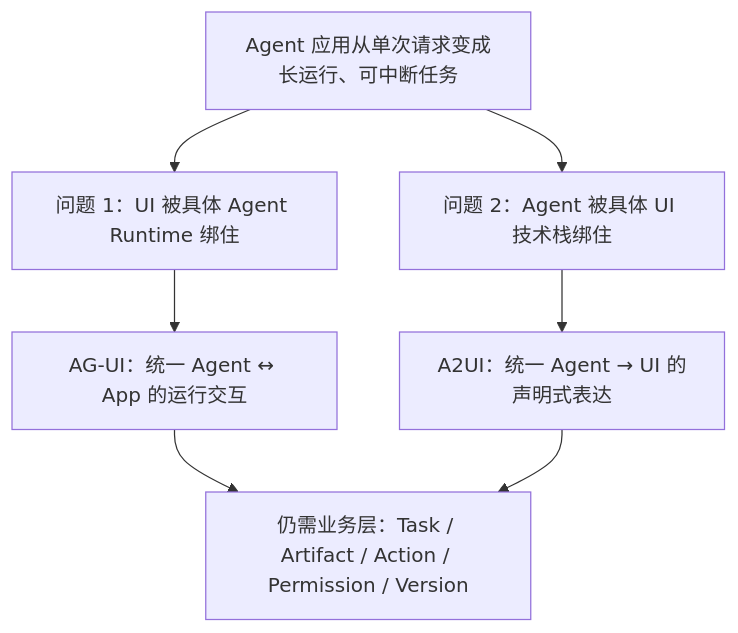
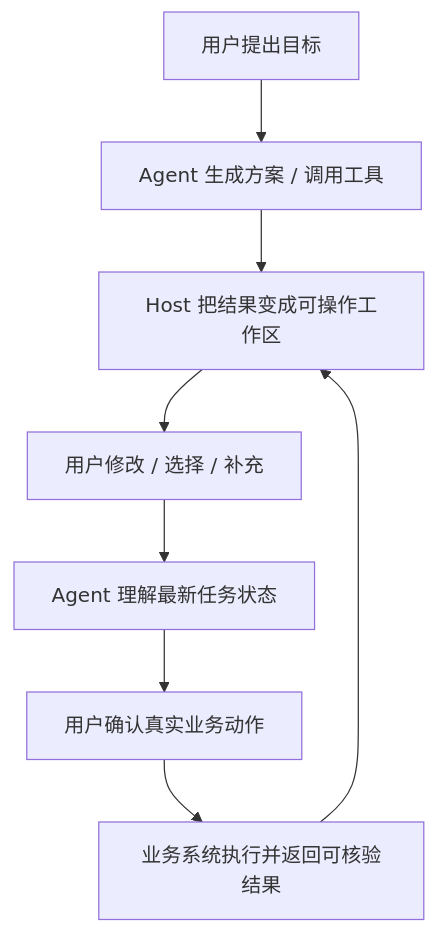
Before and after one commit to Nunchakus888/dossierkit: the first of 18 diagrams in profiles/default/content/zh/notes/ag-ui-a2ui-agent-runtime-generative-ui-ai-native.mdx, drawn with Mermaid. The commit also changed other lines of this file, not shown here.

Commit message:
Update note: 从聊天框到 AI 原生交互：跨 Agent、跨平台的应用架构

```diff
--- a/profiles/default/content/zh/notes/ag-ui-a2ui-agent-runtime-generative-ui-ai-native.mdx
+++ b/profiles/default/content/zh/notes/ag-ui-a2ui-agent-runtime-generative-ui-ai-native.mdx
@@ -50,10 +67,11 @@
 ~~~mermaid
 flowchart TB
-  A["Agent 应用从单次请求变成长运行、可中断任务"]
-  A --> B["问题 1：UI 被具体 Agent Runtime 绑住"]
-  A --> C["问题 2：Agent 被具体 UI 技术栈绑住"]
-  B --> D["AG-UI：统一 Agent ↔ App 的运行交互"]
-  C --> E["A2UI：统一 Agent → UI 的声明式表达"]
-  D --> F["仍需业务层：Task / Artifact / Action / Permission / Version"]
-  E --> F
+  A["用户提出目标"]
+  --> B["Agent 生成方案 / 调用工具"]
+  --> C["Host 把结果变成可操作工作区"]
+  --> D["用户修改 / 选择 / 补充"]
+  --> E["Agent 理解最新任务状态"]
+  --> F["用户确认真实业务动作"]
+  --> G["业务系统执行并返回可核验结果"]
+  --> C
 ~~~
```
